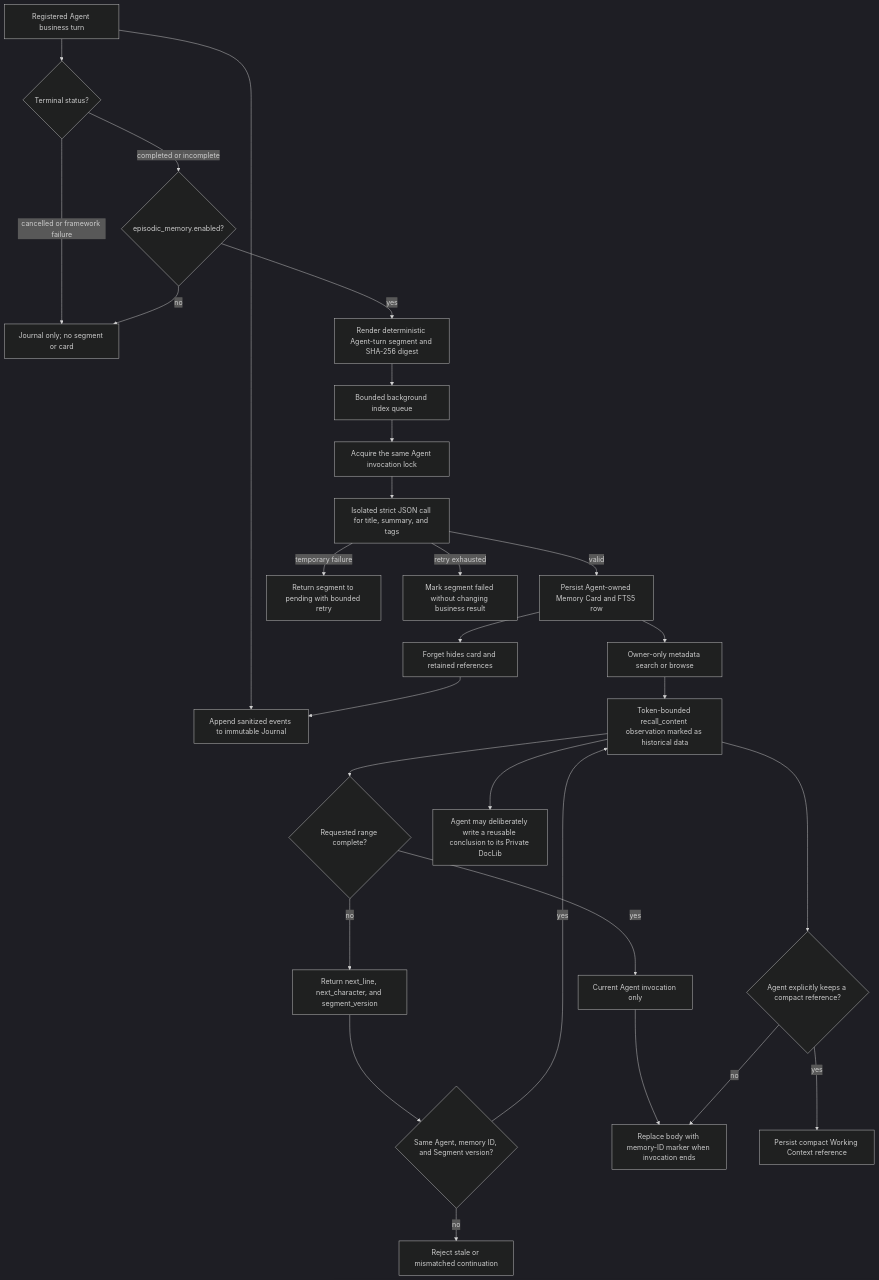
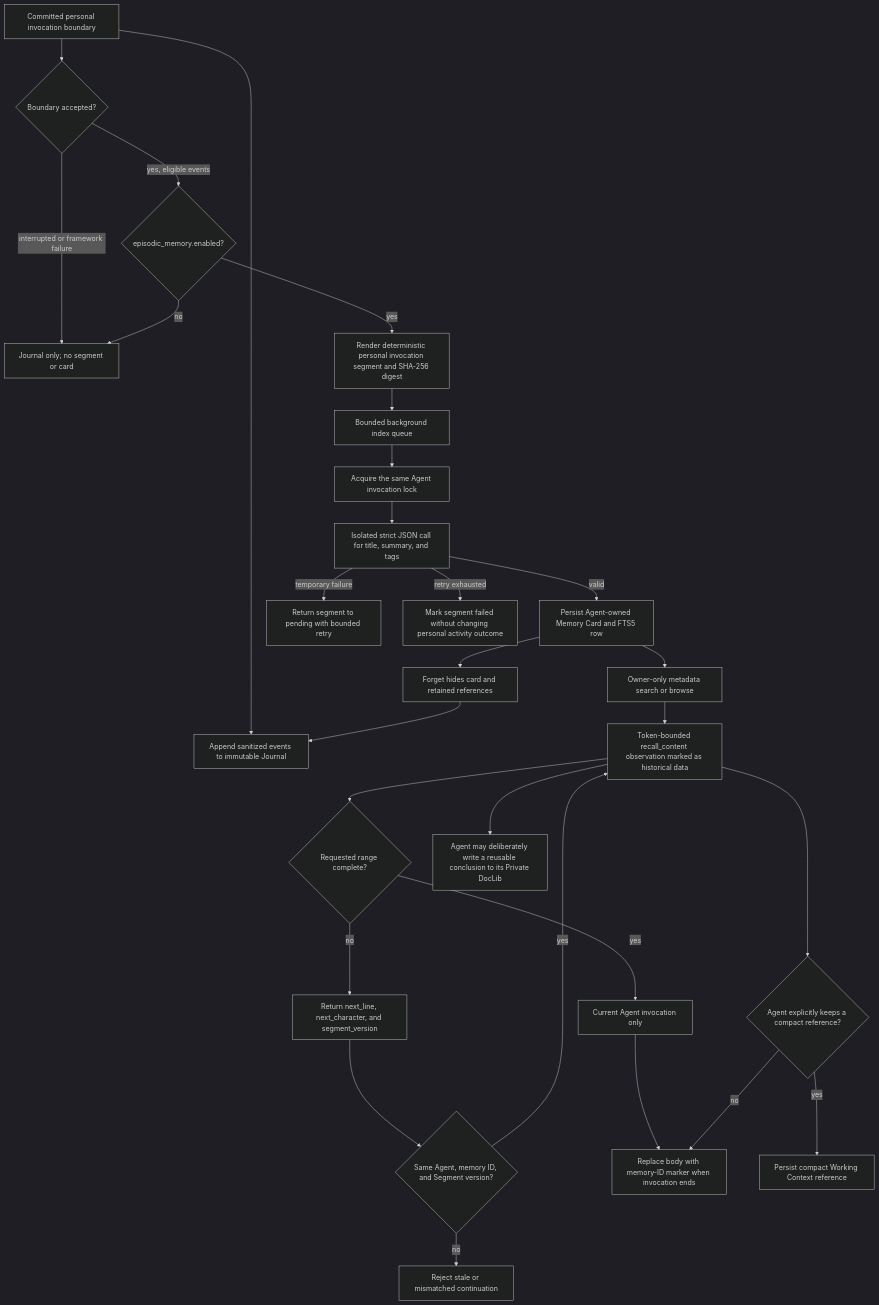
One commit to AI-Team-Team/AI-Team-Team changed the diagram in docs/flowcharts/Selective_Episodic_Memory.md. Above: the diagram before and after it, drawn with Mermaid (dark theme). The commit also changed 310 other files, not shown here.

````diff
--- a/docs/flowcharts/Selective_Episodic_Memory.md
+++ b/docs/flowcharts/Selective_Episodic_Memory.md
@@ -3,31 +3,31 @@
 ```mermaid
 flowchart TD
-    Turn["Registered Agent business turn"] --> Journal["Append sanitized events to immutable Journal"]
-    Turn --> Terminal{"Terminal status?"}
-    Terminal -->|completed or incomplete| Enabled{"episodic_memory.enabled?"}
-    Terminal -->|cancelled or framework failure| Stop["Journal only; no segment or card"]
+    Turn["Committed personal invocation boundary"] --> Journal["Append sanitized events to immutable Journal"]
+    Turn --> Terminal{"Boundary accepted?"}
+    Terminal -->|yes, eligible events| Enabled{"episodic_memory.enabled?"}
+    Terminal -->|interrupted or framework failure| Stop["Journal only; no segment or card"]
     Enabled -->|no| Stop
-    Enabled -->|yes| Segment["Render deterministic Agent-turn segment and SHA-256 digest"]
+    Enabled -->|yes| Segment["Render deterministic personal invocation segment and SHA-256 digest"]
     Segment --> Queue["Bounded background index queue"]
     Queue --> AgentLock["Acquire the same Agent invocation lock"]
     AgentLock --> Labels["Isolated strict JSON call for title, summary, and tags"]
     Labels -->|valid| Card["Persist Agent-owned Memory Card and FTS5 row"]
     Labels -->|temporary failure| Retry["Return segment to pending with bounded retry"]
-    Labels -->|retry exhausted| Failed["Mark segment failed without changing business result"]
+    Labels -->|retry exhausted| Failed["Mark segment failed without changing personal activity outcome"]
     Card --> Search["Owner-only metadata search or browse"]
     Search --> Recall["Token-bounded recall_content observation marked as historical data"]
     Recall --> Complete{"Requested range complete?"}
     Complete -->|no| Cursor["Return next_line, next_character, and segment_version"]
     Cursor --> Version{"Same Agent, memory ID, and Segment version?"}
     Version -->|yes| Recall
     Version -->|no| Reject["Reject stale or mismatched continuation"]
     Complete -->|yes| Invocation
     Invocation["Current Agent invocation only"]
     Invocation --> Cleanup["Replace body with memory-ID marker when invocation ends"]
     Recall --> Keep{"Agent explicitly keeps a compact reference?"}
     Keep -->|yes| Working["Persist compact Working Context reference"]
     Keep -->|no| Cleanup
     Recall --> Private["Agent may deliberately write a reusable conclusion to its Private DocLib"]
     Card --> Forget["Forget hides card and retained references"]
     Forget --> Journal
 ```
````
